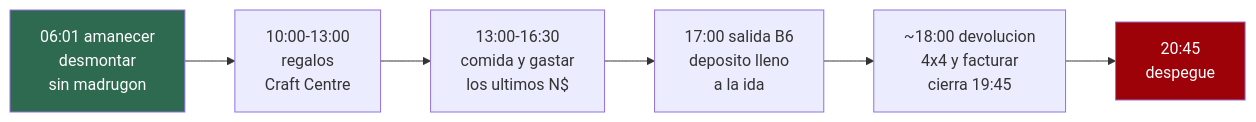
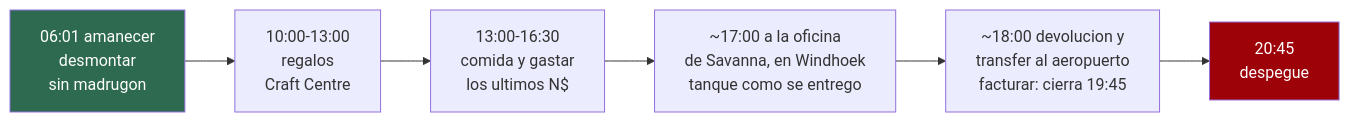
Before and after one commit to morandeirachema/namibia: the fourth of 5 diagrams in 01-itinerarios-dia-a-dia.md, drawn with Mermaid. The commit also changed other lines of this file and 28 other files, not shown here.

````diff
--- a/01-itinerarios-dia-a-dia.md
+++ b/01-itinerarios-dia-a-dia.md
@@ -782,11 +815,11 @@
 ```mermaid
 flowchart LR
 %% ancho
     A["06:01 amanecer<br/>desmontar<br/>sin madrugon"] --> B["10:00-13:00<br/>regalos<br/>Craft Centre"]
     B --> C["13:00-16:30<br/>comida y gastar<br/>los ultimos N$"]
-    C --> D["17:00 salida B6<br/>deposito lleno<br/>a la ida"]
-    D --> E["~18:00 devolucion<br/>4x4 y facturar<br/>cierra 19:45"]
+    C --> D["~17:00 a la oficina<br/>de Savanna, en Windhoek<br/>tanque como se entrego"]
+    D --> E["~18:00 devolucion y<br/>transfer al aeropuerto<br/>facturar: cierra 19:45"]
     E --> F["20:45<br/>despegue"]
     style A fill:#2d6a4f,color:#fff
     style F fill:#9d0208,color:#fff
 ```
````
